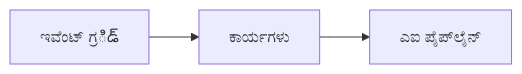
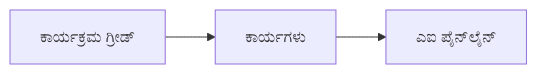
The second of 2 diagrams in translations/kn/docs/chapter-08-production/README.md (microsoft/AZD-for-beginners), drawn with Mermaid before and after one commit. The commit also changed other lines of this file and 101 other files, not shown here.

````diff
--- a/translations/kn/docs/chapter-08-production/README.md
+++ b/translations/kn/docs/chapter-08-production/README.md
@@ -54,4 +56,4 @@
 ```mermaid
 graph LR
-    EventGrid[ಇವೆಂಟ್ ಗ್ರిడ్] --> Functions[ಕಾರ್ಯಗಳು] --> Pipeline[ಎಐ ಪೈಪ್‌ಲೈನ್]
+    EventGrid[ಕಾರ್ಯಕ್ರಮ ಗ್ರೀಡ್] --> Functions[ಕಾರ್ಯಗಳು] --> Pipeline[ಎಐ ಪೈನ್‌ಲೈನ್]
 ```
````
